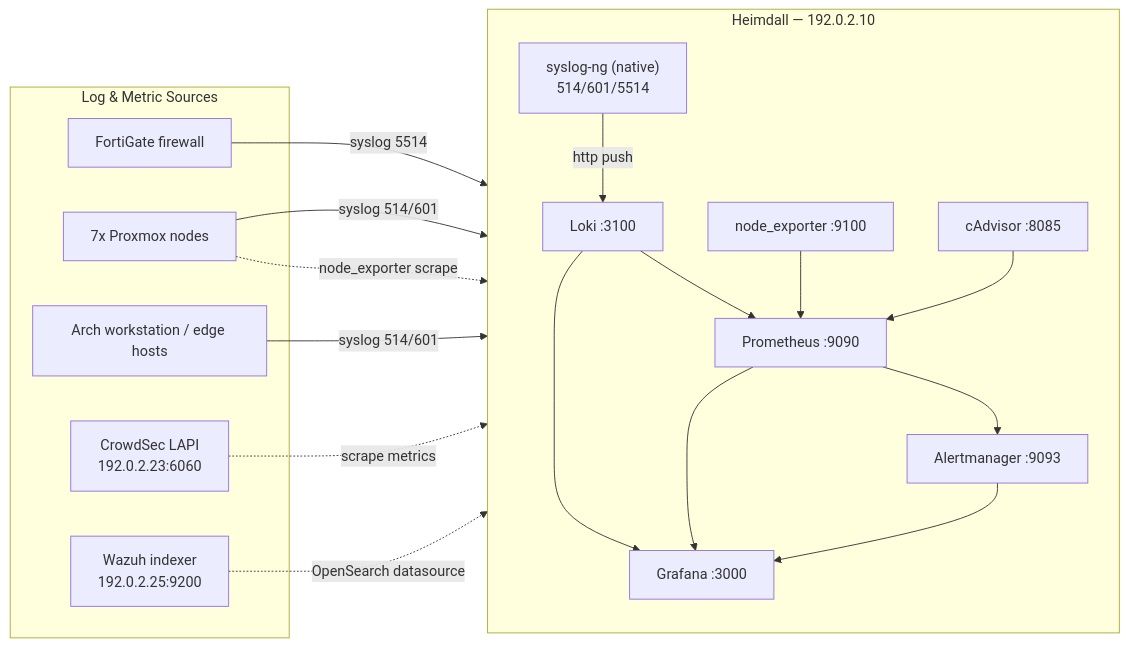
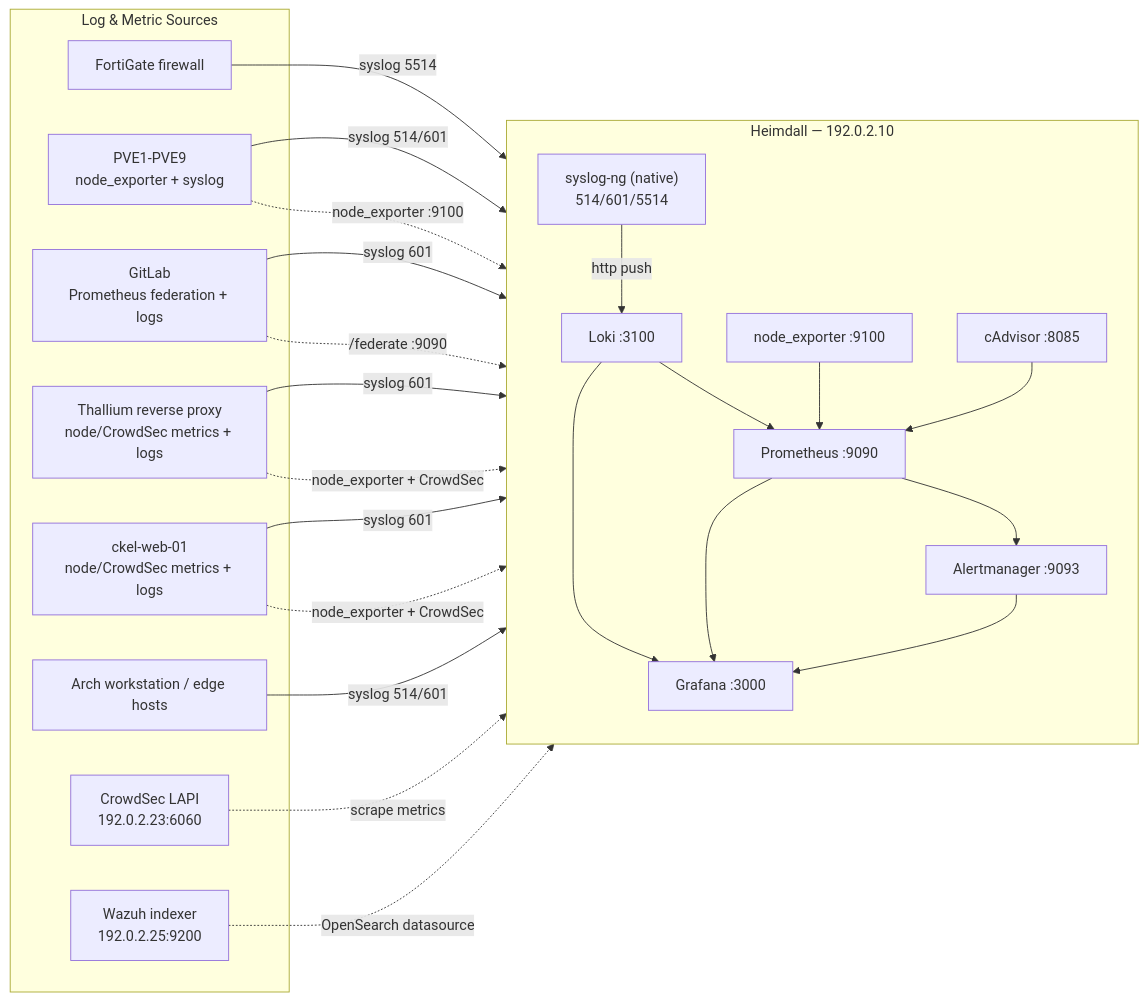
Before and after one commit to GhostKellz/arch: the diagram in heimdall-stack/README.md, drawn with Mermaid. The commit also changed other lines of this file and 5 other files, not shown here.

````diff
--- a/heimdall-stack/README.md
+++ b/heimdall-stack/README.md
@@ -27,38 +27,47 @@
 ```mermaid
 flowchart LR
     subgraph Sources["Log & Metric Sources"]
         FG["FortiGate firewall"]
-        PVE["7x Proxmox nodes"]
+        PVE["PVE1-PVE9\nnode_exporter + syslog"]
+        GIT["GitLab\nPrometheus federation + logs"]
+        EDGE["Thallium reverse proxy\nnode/CrowdSec metrics + logs"]
+        WEB["ckel-web-01\nnode/CrowdSec metrics + logs"]
         WS["Arch workstation / edge hosts"]
         CS["CrowdSec LAPI\n192.0.2.23:6060"]
         WZ["Wazuh indexer\n192.0.2.25:9200"]
     end
 
     subgraph Heimdall["Heimdall — 192.0.2.10"]
         direction TB
         SNG["syslog-ng (native)\n514/601/5514"]
         LOKI["Loki :3100"]
         PROM["Prometheus :9090"]
         AM["Alertmanager :9093"]
         NE["node_exporter :9100"]
         CAD["cAdvisor :8085"]
         GRAF["Grafana :3000"]
     end
 
     FG -->|"syslog 5514"| SNG
     PVE -->|"syslog 514/601"| SNG
+    GIT -->|"syslog 601"| SNG
+    EDGE -->|"syslog 601"| SNG
+    WEB -->|"syslog 601"| SNG
     WS  -->|"syslog 514/601"| SNG
     SNG -->|"http push"| LOKI
 
-    PVE -.->|"node_exporter scrape"| PROM
+    PVE -.->|"node_exporter :9100"| PROM
+    GIT -.->|"/federate :9090"| PROM
+    EDGE -.->|"node_exporter + CrowdSec"| PROM
+    WEB -.->|"node_exporter + CrowdSec"| PROM
     NE  --> PROM
     CAD --> PROM
     LOKI --> PROM
     CS  -.->|"scrape metrics"| PROM
     PROM --> AM
 
     LOKI --> GRAF
     PROM --> GRAF
     AM   --> GRAF
     WZ   -.->|"OpenSearch datasource"| GRAF
 ```
````
